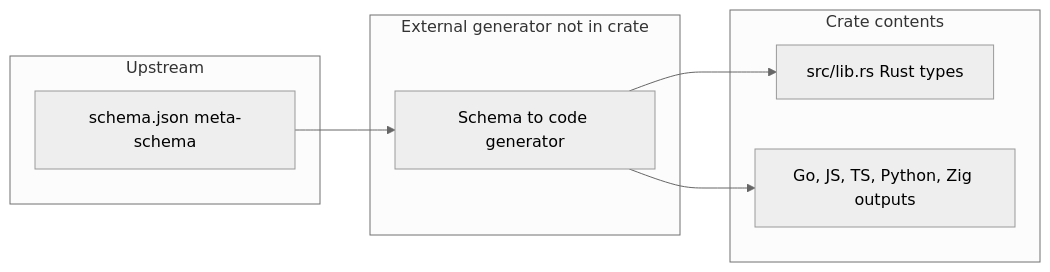
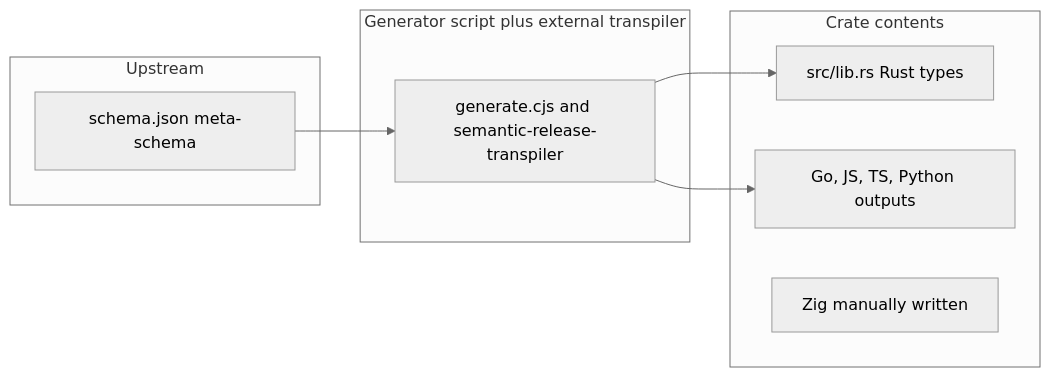
The first of 2 diagrams in research/reports/rust/BelfordZ-json-schema.md (goddtriffin/json-schema-rs), drawn with Mermaid (neutral theme) before and after one commit. The commit also changed other lines of this file and 51 other files, not shown here.

````diff
--- a/research/reports/rust/BelfordZ-json-schema.md
+++ b/research/reports/rust/BelfordZ-json-schema.md
@@ -98,16 +89,17 @@
 ```mermaid
 flowchart LR
   subgraph upstream [Upstream]
     MetaSchema[schema.json meta-schema]
   end
-  subgraph external [External generator not in crate]
-    Codegen[Schema to code generator]
+  subgraph external [Generator script plus external transpiler]
+    Codegen[generate.cjs and semantic-release-transpiler]
   end
   subgraph artifact [Crate contents]
     Rust[src/lib.rs Rust types]
-    Other[Go, JS, TS, Python, Zig outputs]
+    Other[Go, JS, TS, Python outputs]
+    Zig[Zig manually written]
   end
   MetaSchema --> Codegen
   Codegen --> Rust
   Codegen --> Other
 ```
````
